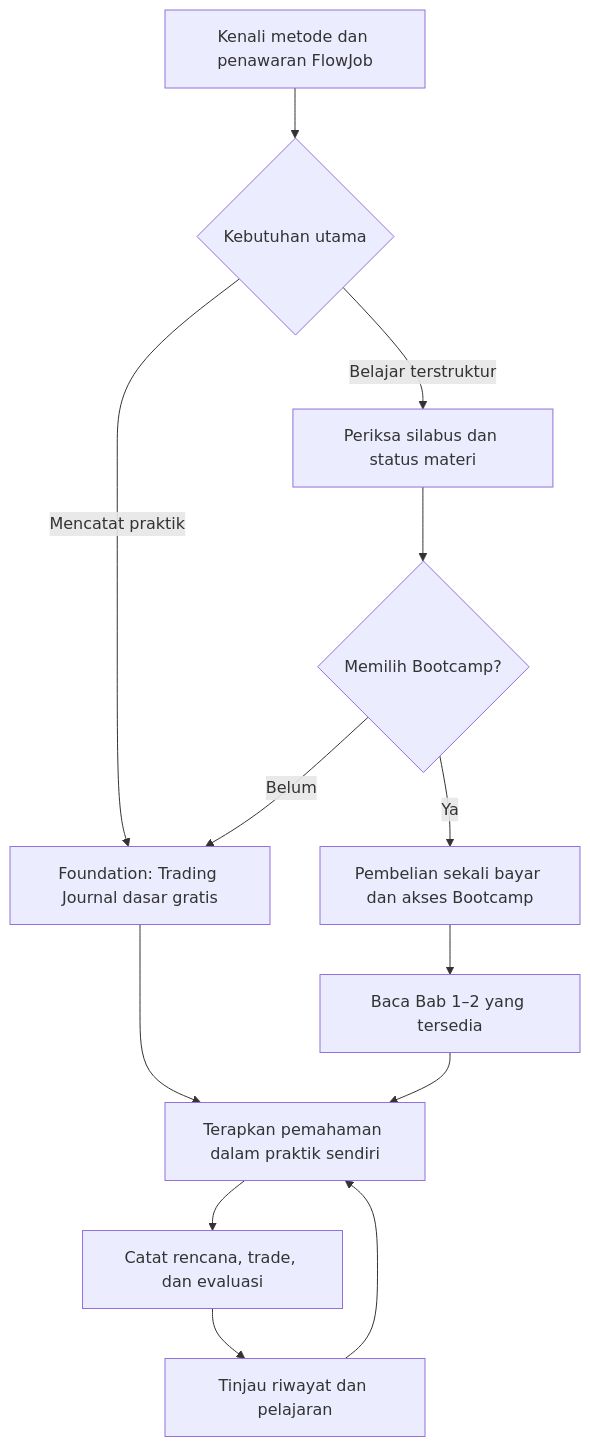
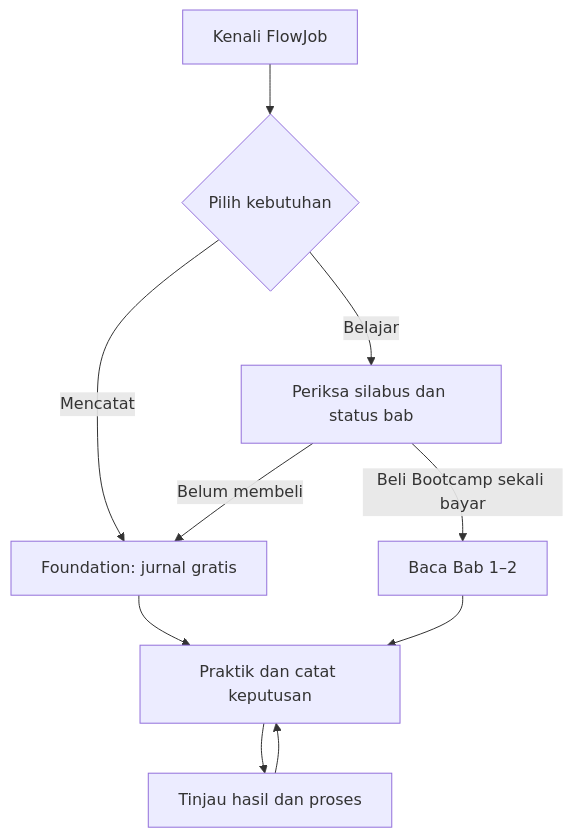
One commit to iqbalnett/flowjob-showcase changed the diagram in README.md. Above: the diagram before and after it, drawn with Mermaid. The commit also changed other lines of this file, not shown here.

Commit message:
Clarify Bootcamp published chapters and simplify product journey

````diff
--- a/README.md
+++ b/README.md
@@ -48,15 +48,12 @@
 ```mermaid
 flowchart TD
-    A[Kenali metode dan penawaran FlowJob] --> B{Kebutuhan utama}
-    B -->|Mencatat praktik| C[Foundation: Trading Journal dasar gratis]
-    B -->|Belajar terstruktur| D[Periksa silabus dan status materi]
-    D --> E{Memilih Bootcamp?}
-    E -->|Belum| C
-    E -->|Ya| F[Pembelian sekali bayar dan akses Bootcamp]
-    F --> G[Baca Bab 1–2 yang tersedia]
-    G --> H[Terapkan pemahaman dalam praktik sendiri]
-    C --> H
-    H --> I[Catat rencana, trade, dan evaluasi]
-    I --> J[Tinjau riwayat dan pelajaran]
-    J --> H
+    A[Kenali FlowJob] --> B{Pilih kebutuhan}
+    B -->|Mencatat| C[Foundation: jurnal gratis]
+    B -->|Belajar| D[Periksa silabus dan status bab]
+    D -->|Belum membeli| C
+    D -->|Beli Bootcamp sekali bayar| E[Baca Bab 1–2]
+    E --> F[Praktik dan catat keputusan]
+    C --> F
+    F --> G[Tinjau hasil dan proses]
+    G --> F
 ```
````
